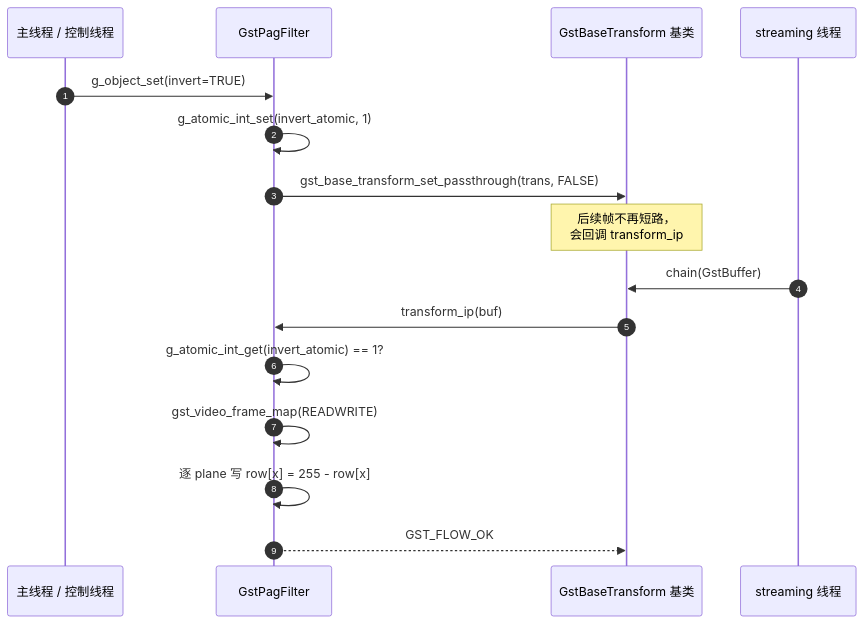
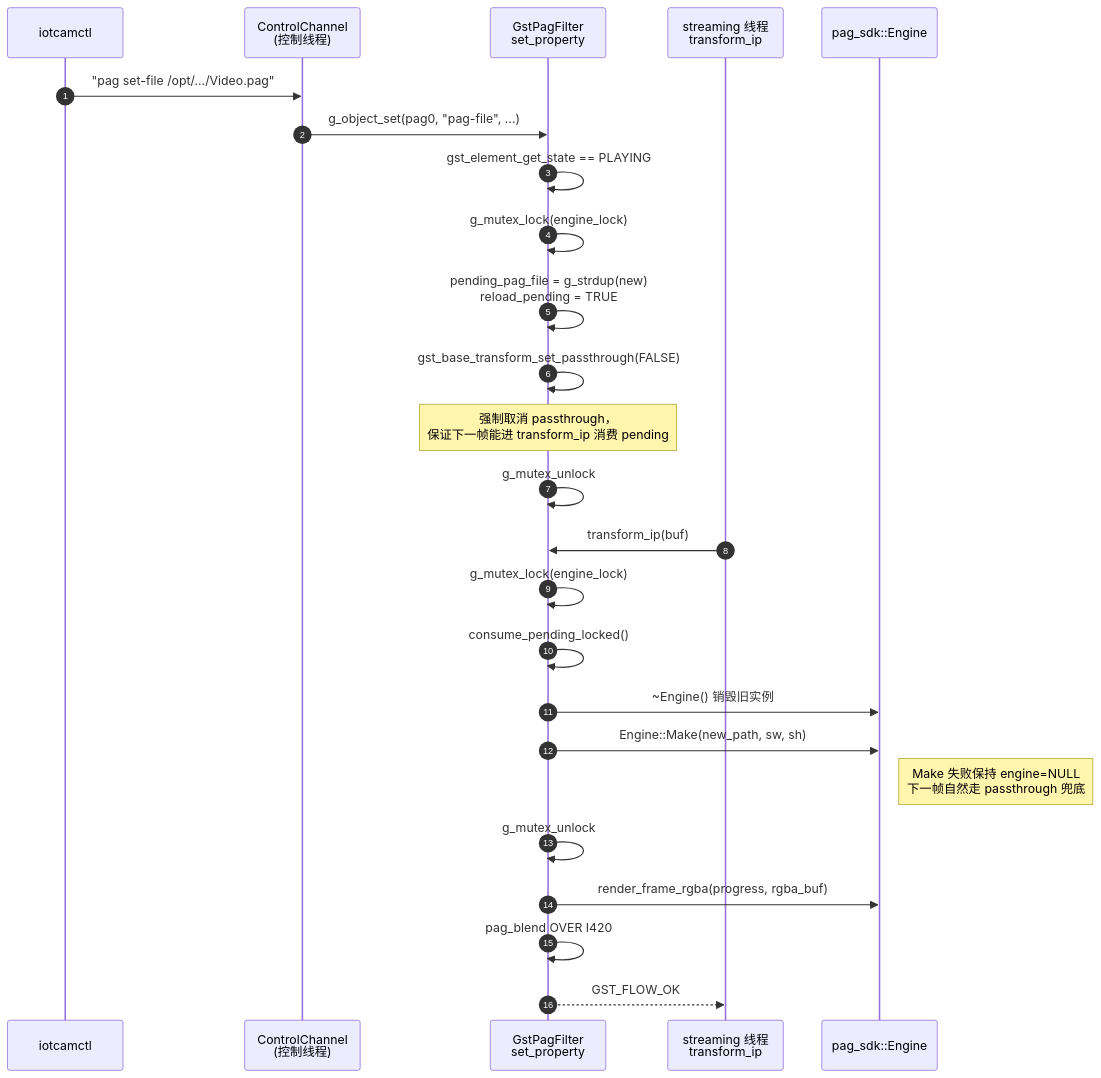
One commit to VomPom/vm_iot_camera changed the second of 2 diagrams in docs/gstreamer/pagfilter.md. Above: the diagram before and after it, drawn with Mermaid. The commit also changed other lines of this file and 27 other files, not shown here.

````diff
--- a/docs/gstreamer/pagfilter.md
+++ b/docs/gstreamer/pagfilter.md
@@ -80,19 +132,29 @@
 ```mermaid
 sequenceDiagram
     autonumber
-    participant App as 主线程 / 控制线程
-    participant PF as GstPagFilter
-    participant BT as GstBaseTransform 基类
-    participant ST as streaming 线程
+    participant CLI as iotcamctl
+    participant Ctrl as ControlChannel<br/>(控制线程)
+    participant PF as GstPagFilter<br/>set_property
+    participant ST as streaming 线程<br/>transform_ip
+    participant ENG as pag_sdk::Engine
 
-    App->>PF: g_object_set(invert=TRUE)
-    PF->>PF: g_atomic_int_set(invert_atomic, 1)
-    PF->>BT: gst_base_transform_set_passthrough(trans, FALSE)
-    Note over BT: 后续帧不再短路，<br/>会回调 transform_ip
-    ST->>BT: chain(GstBuffer)
-    BT->>PF: transform_ip(buf)
-    PF->>PF: g_atomic_int_get(invert_atomic) == 1?
-    PF->>PF: gst_video_frame_map(READWRITE)
-    PF->>PF: 逐 plane 写 row[x] = 255 - row[x]
-    PF-->>BT: GST_FLOW_OK
+    CLI->>Ctrl: "pag set-file /opt/.../Video.pag"
+    Ctrl->>PF: g_object_set(pag0, "pag-file", ...)
+    PF->>PF: gst_element_get_state == PLAYING
+    PF->>PF: g_mutex_lock(engine_lock)
+    PF->>PF: pending_pag_file = g_strdup(new)<br/>reload_pending = TRUE
+    PF->>PF: gst_base_transform_set_passthrough(FALSE)
+    Note over PF: 强制取消 passthrough，<br/>保证下一帧能进 transform_ip 消费 pending
+    PF->>PF: g_mutex_unlock
+
+    ST->>PF: transform_ip(buf)
+    PF->>PF: g_mutex_lock(engine_lock)
+    PF->>PF: consume_pending_locked()
+    PF->>ENG: ~Engine() 销毁旧实例
+    PF->>ENG: Engine::Make(new_path, sw, sh)
+    Note right of ENG: Make 失败保持 engine=NULL<br/>下一帧自然走 passthrough 兜底
+    PF->>PF: g_mutex_unlock
+    PF->>ENG: render_frame_rgba(progress, rgba_buf)
+    PF->>PF: pag_blend OVER I420
+    PF-->>ST: GST_FLOW_OK
 ```
````
